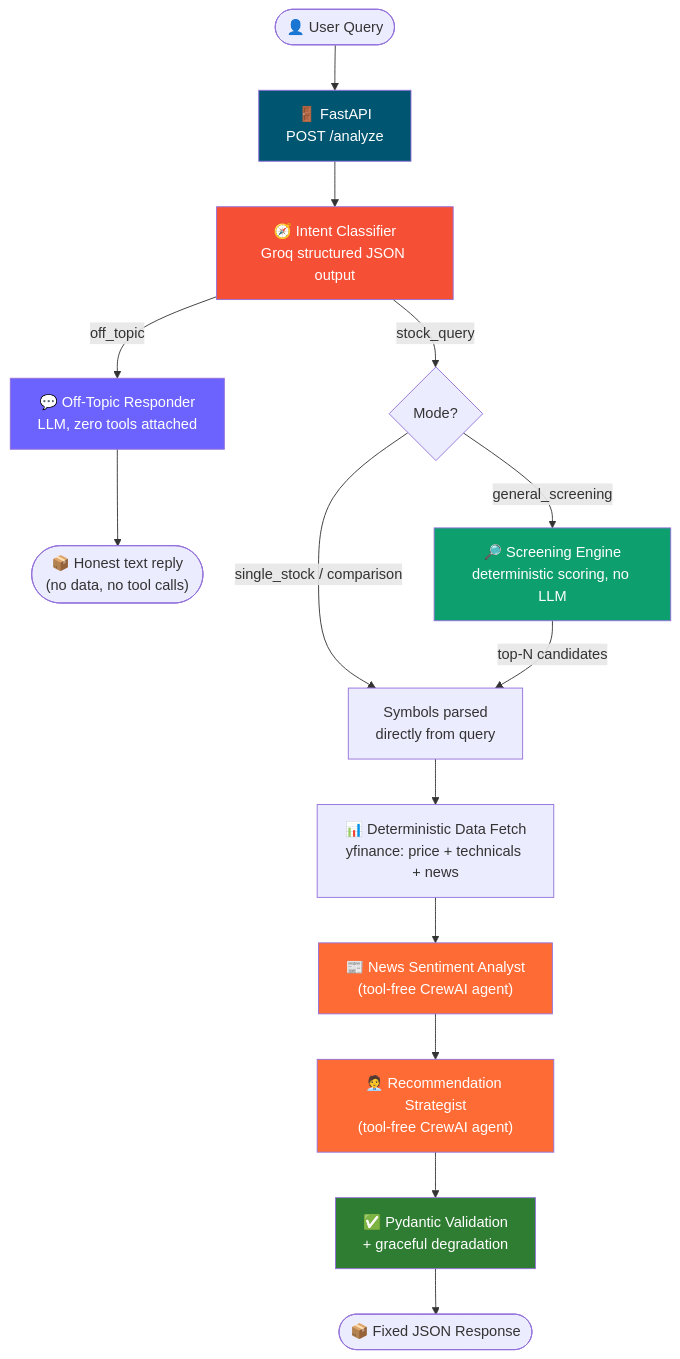
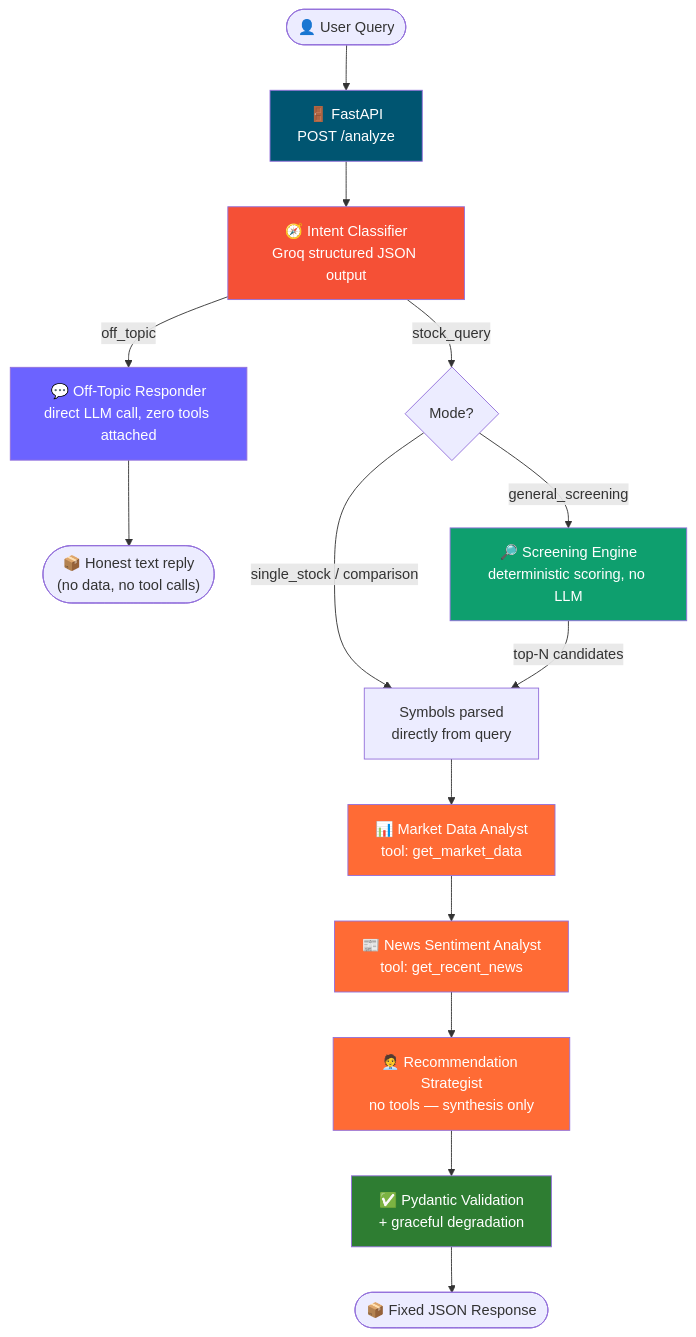
Before and after one commit to rooneyrulz/stock-research-agent-api: the first of 3 diagrams in README.md, drawn with Mermaid. The commit also changed other lines of this file, not shown here.

````diff
--- a/README.md
+++ b/README.md
@@ -78,28 +78,29 @@
 ```mermaid
 flowchart TD
     U([👤 User Query]) --> API["🚪 FastAPI<br/>POST /analyze"]
     API --> Intent["🧭 Intent Classifier<br/>Groq structured JSON output"]
 
-    Intent -->|"off_topic"| OffTopic["💬 Off-Topic Responder<br/>LLM, zero tools attached"]
+    Intent -->|"off_topic"| OffTopic["💬 Off-Topic Responder<br/>direct LLM call, zero tools attached"]
     OffTopic --> RespOT(["📦 Honest text reply<br/>(no data, no tool calls)"])
 
     Intent -->|"stock_query"| Mode{Mode?}
 
     Mode -->|single_stock / comparison| DirectSymbols["Symbols parsed<br/>directly from query"]
     Mode -->|general_screening| Screen["🔎 Screening Engine<br/>deterministic scoring, no LLM"]
     Screen -->|"top-N candidates"| DirectSymbols
 
-    DirectSymbols --> Fetch["📊 Deterministic Data Fetch<br/>yfinance: price + technicals + news"]
-    Fetch --> News["📰 News Sentiment Analyst<br/>(tool-free CrewAI agent)"]
-    News --> Rec["🧑‍💼 Recommendation Strategist<br/>(tool-free CrewAI agent)"]
+    DirectSymbols --> MDA["📊 Market Data Analyst<br/>tool: get_market_data"]
+    MDA --> NA["📰 News Sentiment Analyst<br/>tool: get_recent_news"]
+    NA --> Rec["🧑‍💼 Recommendation Strategist<br/>no tools — synthesis only"]
     Rec --> Validate["✅ Pydantic Validation<br/>+ graceful degradation"]
     Validate --> RespStock(["📦 Fixed JSON Response"])
 
     style API fill:#005571,color:#fff
     style Intent fill:#F55036,color:#fff
     style OffTopic fill:#6C63FF,color:#fff
     style Screen fill:#0E9F6E,color:#fff
-    style News fill:#FF6B35,color:#fff
+    style MDA fill:#FF6B35,color:#fff
+    style NA fill:#FF6B35,color:#fff
     style Rec fill:#FF6B35,color:#fff
     style Validate fill:#2E7D32,color:#fff
 ```
````
